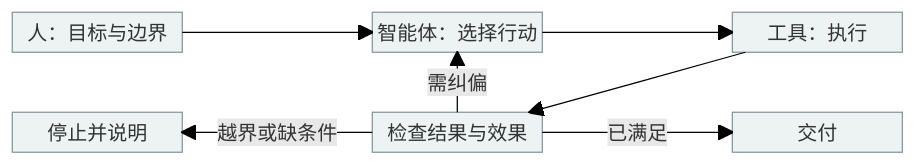
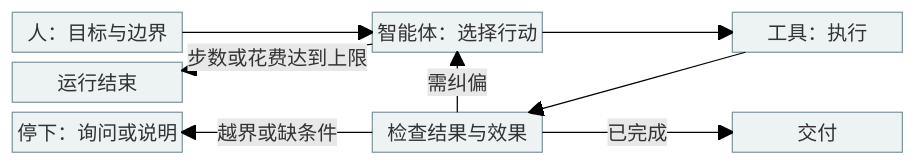
The diagram in diagrams/work-loop.mmd (HengYangDS/rethinking-work), drawn with Mermaid (forest theme) before and after one commit. The commit also changed 45 other files, not shown here.

```diff
--- a/diagrams/work-loop.mmd
+++ b/diagrams/work-loop.mmd
@@ -1,17 +1,19 @@
 block-beta
  columns 5
  H["人：目标与边界"] space A["智能体：选择行动"] space T["工具：执行"]
- space:5
- S["停止并说明"] space R["检查结果与效果"] space D["交付"]
+ E["运行结束"] space:4
+ S["停下：询问或说明"] space R["检查结果与效果"] space D["交付"]
  H --> A
  A --> T
  T --> R
  R -- "需纠偏" --> A
- R -- "已满足" --> D
+ R -- "已完成" --> D
  R -- "越界或缺条件" --> S
+ A -- "步数或花费达到上限" --> E
  style H fill:#edf2f3,stroke:#82979f,color:#273b46,stroke-width:1px
  style A fill:#edf2f3,stroke:#82979f,color:#273b46,stroke-width:1px
  style T fill:#edf2f3,stroke:#82979f,color:#273b46,stroke-width:1px
  style R fill:#edf2f3,stroke:#82979f,color:#273b46,stroke-width:1px
  style D fill:#edf2f3,stroke:#82979f,color:#273b46,stroke-width:1px
  style S fill:#edf2f3,stroke:#82979f,color:#273b46,stroke-width:1px
+ style E fill:#edf2f3,stroke:#82979f,color:#273b46,stroke-width:1px
```
